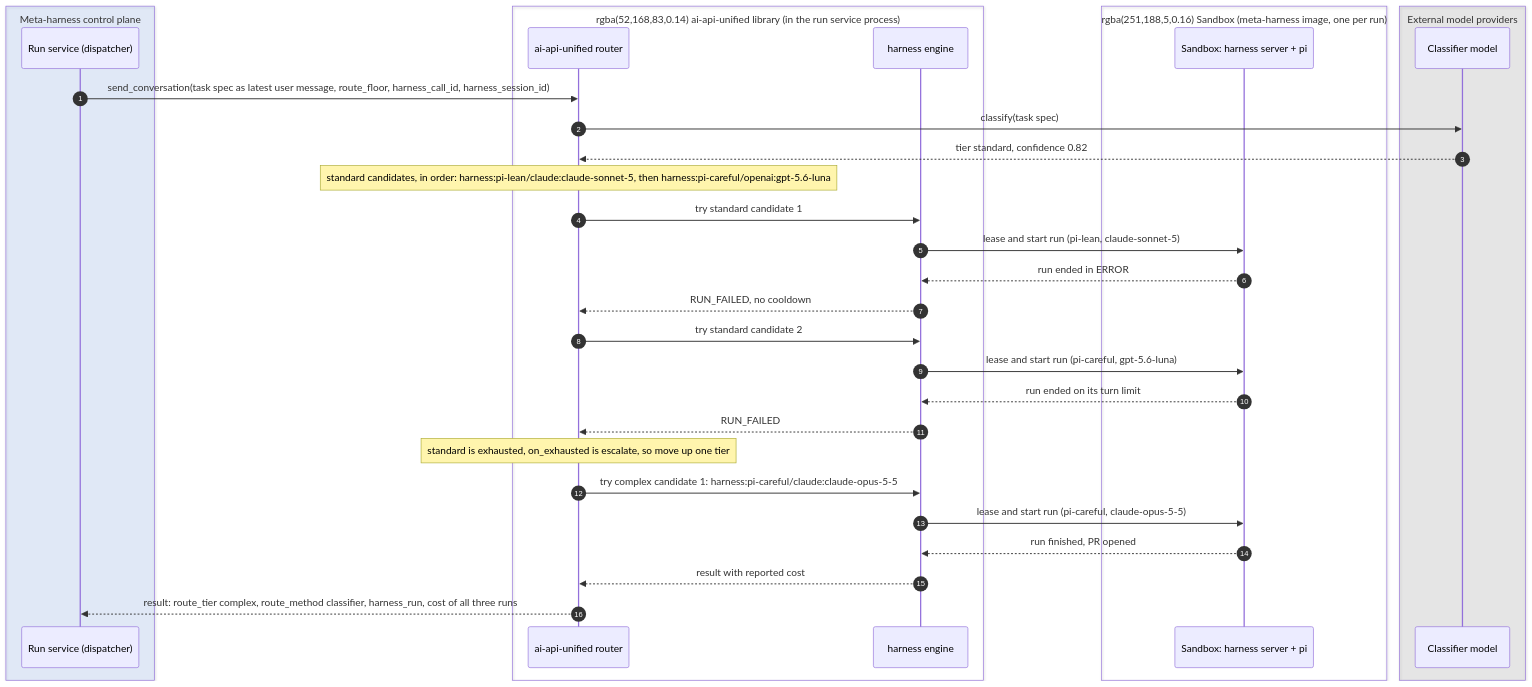
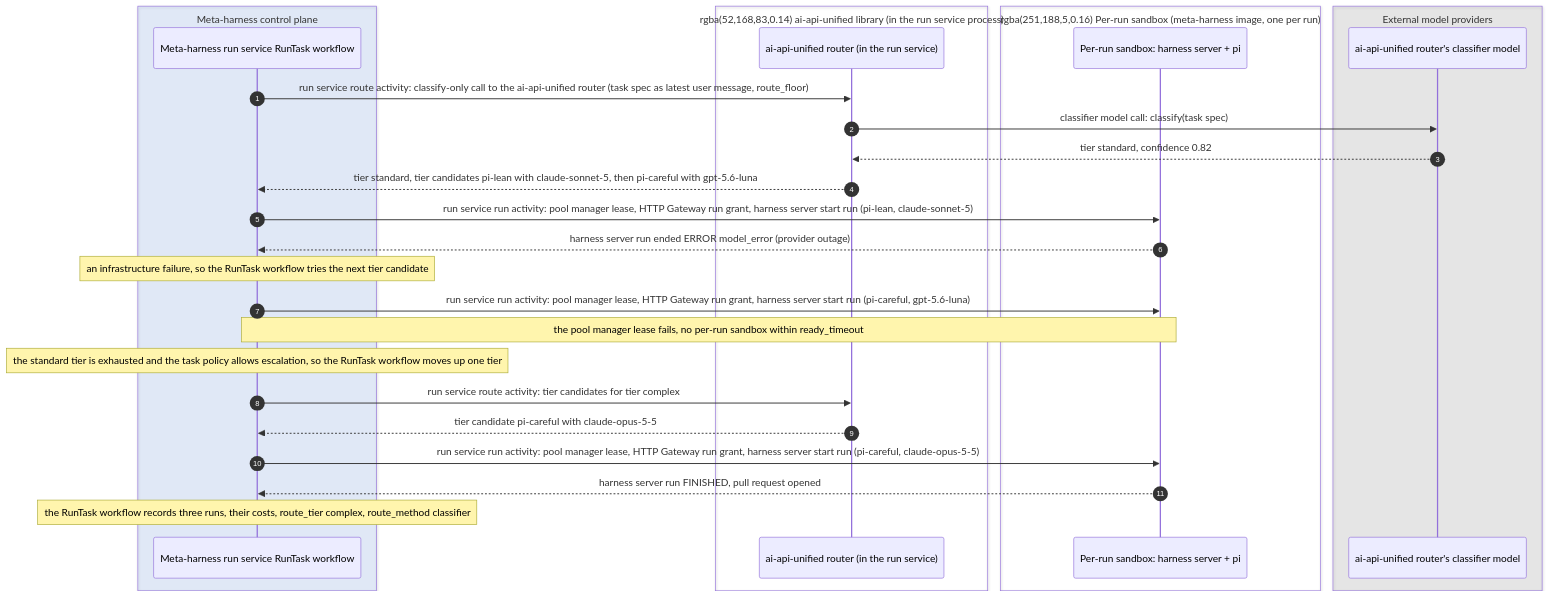
The second of 12 diagrams in docs/technical-design.md (davecthomas/meta-harness), drawn with Mermaid before and after one commit. The commit also changed other lines of this file, not shown here.

First line of the commit message:
docs/technical-design: run loop in the RunTask workflow, component labels, slop pass (#11)

````diff
--- a/docs/technical-design.md
+++ b/docs/technical-design.md
@@ -517,36 +582,32 @@
 ```mermaid
 sequenceDiagram
     autonumber
     box rgba(66,135,245,0.12) Meta-harness control plane
-    participant RS as Run service (dispatcher)
+    participant WF as Meta-harness run service RunTask workflow
     end
     box rgba(52,168,83,0.14) ai-api-unified library (in the run service process)
-    participant RT as ai-api-unified router
-    participant HE as harness engine
+    participant RT as ai-api-unified router (in the run service)
     end
-    box rgba(251,188,5,0.16) Sandbox (meta-harness image, one per run)
-    participant SB as Sandbox: harness server + pi
+    box rgba(251,188,5,0.16) Per-run sandbox (meta-harness image, one per run)
+    participant SB as Per-run sandbox: harness server + pi
     end
     box rgba(128,128,128,0.14) External model providers
-    participant CL as Classifier model
+    participant CL as ai-api-unified router's classifier model
     end
 
-    RS->>RT: send_conversation(task spec as latest user message, route_floor, harness_call_id, harness_session_id)
-    RT->>CL: classify(task spec)
+    WF->>RT: run service route activity: classify-only call to the ai-api-unified router (task spec as latest user message, route_floor)
+    RT->>CL: classifier model call: classify(task spec)
     CL-->>RT: tier standard, confidence 0.82
-    Note over RT: standard candidates, in order: harness:pi-lean/claude:claude-sonnet-5, then harness:pi-careful/openai:gpt-5.6-luna
-    RT->>HE: try standard candidate 1
-    HE->>SB: lease and start run (pi-lean, claude-sonnet-5)
-    SB-->>HE: run ended in ERROR
-    HE-->>RT: RUN_FAILED, no cooldown
-    RT->>HE: try standard candidate 2
-    HE->>SB: lease and start run (pi-careful, gpt-5.6-luna)
-    SB-->>HE: run ended on its turn limit
-    HE-->>RT: RUN_FAILED
-    Note over RT: standard is exhausted, on_exhausted is escalate, so move up one tier
-    RT->>HE: try complex candidate 1: harness:pi-careful/claude:claude-opus-5-5
-    HE->>SB: lease and start run (pi-careful, claude-opus-5-5)
-    SB-->>HE: run finished, PR opened
-    HE-->>RT: result with reported cost
-    RT-->>RS: result: route_tier complex, route_method classifier, harness_run, cost of all three runs
+    RT-->>WF: tier standard, tier candidates pi-lean with claude-sonnet-5, then pi-careful with gpt-5.6-luna
+    WF->>SB: run service run activity: pool manager lease, HTTP Gateway run grant, harness server start run (pi-lean, claude-sonnet-5)
+    SB-->>WF: harness server run ended ERROR model_error (provider outage)
+    Note over WF: an infrastructure failure, so the RunTask workflow tries the next tier candidate
+    WF->>SB: run service run activity: pool manager lease, HTTP Gateway run grant, harness server start run (pi-careful, gpt-5.6-luna)
+    Note over WF,SB: the pool manager lease fails, no per-run sandbox within ready_timeout
+    Note over WF: the standard tier is exhausted and the task policy allows escalation, so the RunTask workflow moves up one tier
+    WF->>RT: run service route activity: tier candidates for tier complex
+    RT-->>WF: tier candidate pi-careful with claude-opus-5-5
+    WF->>SB: run service run activity: pool manager lease, HTTP Gateway run grant, harness server start run (pi-careful, claude-opus-5-5)
+    SB-->>WF: harness server run FINISHED, pull request opened
+    Note over WF: the RunTask workflow records three runs, their costs, route_tier complex, route_method classifier
 ```
````
